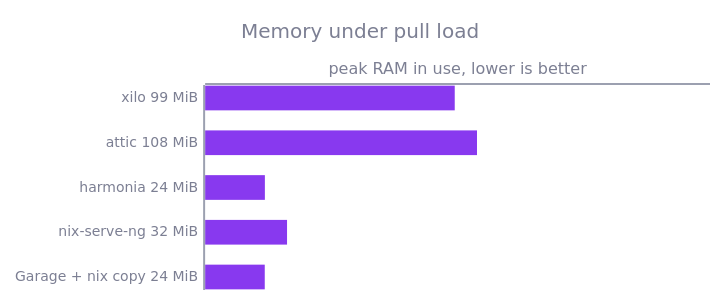
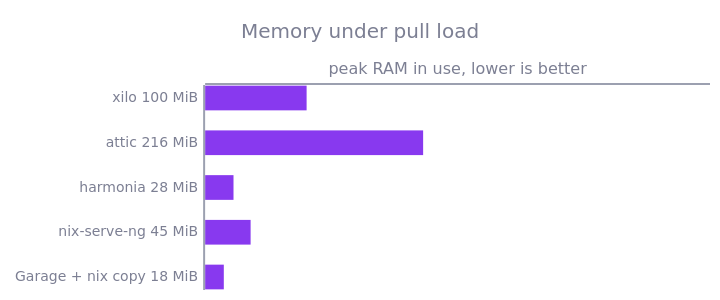
The third of 8 diagrams in README.md (stubbedev/xilo), drawn with Mermaid before and after one commit. The commit also changed other lines of this file and 2 other files, not shown here.

````diff
--- a/README.md
+++ b/README.md
@@ -126,8 +126,8 @@
 ```mermaid
 %%{init: {"theme": "base", "themeVariables": {"xyChart": {"backgroundColor": "transparent", "titleColor": "#7c7f93", "xAxisLabelColor": "#7c7f93", "xAxisTitleColor": "#7c7f93", "xAxisLineColor": "#9ca0b0", "yAxisTitleColor": "#7c7f93", "yAxisLineColor": "#9ca0b0", "plotColorPalette": "#8839ef"}}, "xyChart": {"height": 280, "yAxis": {"showLabel": false, "showTick": false}, "xAxis": {"showTick": false}}}}%%
 xychart-beta horizontal
     title "Memory under pull load"
-    x-axis ["xilo  99 MiB", "attic  108 MiB", "harmonia  24 MiB", "nix-serve-ng  32 MiB", "Garage + nix copy  24 MiB"]
-    y-axis "peak RAM in use, lower is better" 0 --> 200
-    bar [98.88, 107.7, 23.67, 32.45, 23.62]
+    x-axis ["xilo  100 MiB", "attic  216 MiB", "harmonia  28 MiB", "nix-serve-ng  45 MiB", "Garage + nix copy  18 MiB"]
+    y-axis "peak RAM in use, lower is better" 0 --> 500
+    bar [100.5, 215.9, 28.1, 45.05, 18.5]
 ```
````
